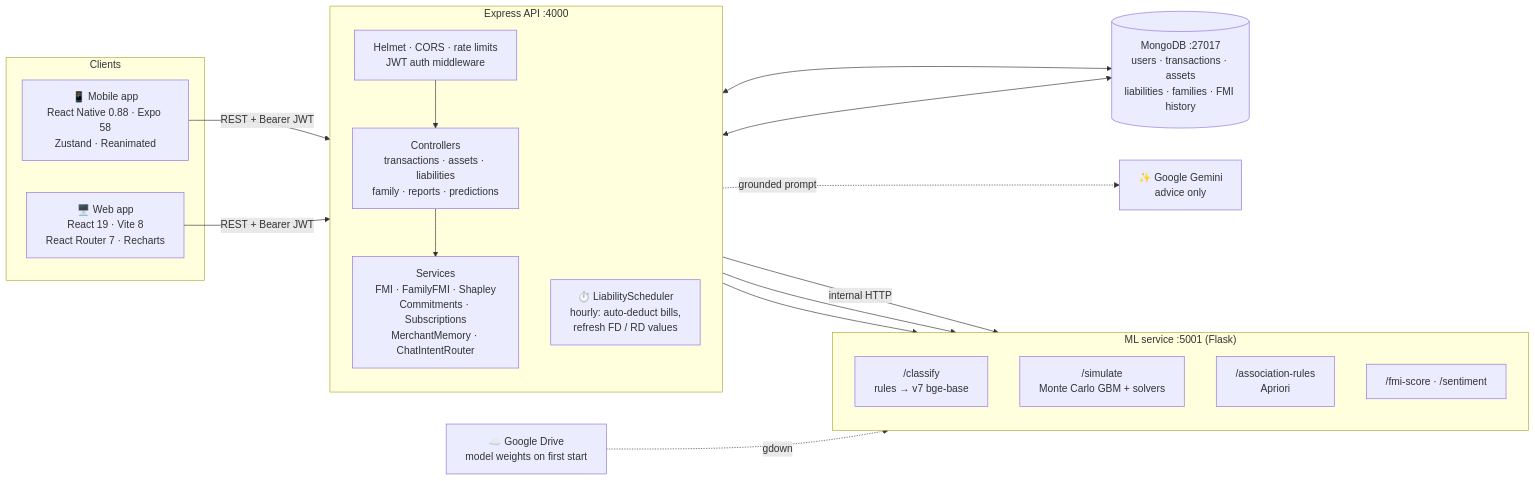
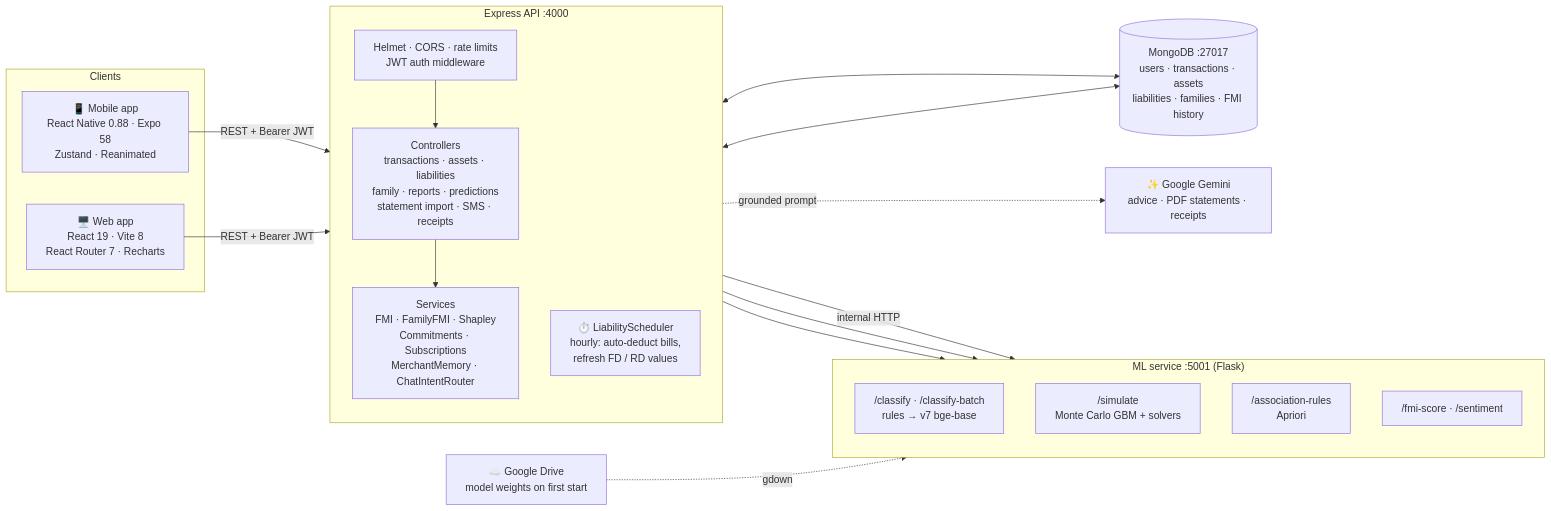
The first of 10 diagrams in README.md (parthpalav/LYProj_C34), drawn with Mermaid before and after one commit. The commit also changed other lines of this file and 41 other files, not shown here.

````diff
--- a/README.md
+++ b/README.md
@@ -274,38 +318,38 @@
 ```mermaid
 flowchart LR
     subgraph Clients
         M["📱 Mobile app<br/>React Native 0.88 · Expo 58<br/>Zustand · Reanimated"]
         W["🖥️ Web app<br/>React 19 · Vite 8<br/>React Router 7 · Recharts"]
     end
 
     subgraph API["Express API :4000"]
         direction TB
         SEC["Helmet · CORS · rate limits<br/>JWT auth middleware"]
-        CTRL["Controllers<br/>transactions · assets · liabilities<br/>family · reports · predictions"]
+        CTRL["Controllers<br/>transactions · assets · liabilities<br/>family · reports · predictions<br/>statement import · SMS · receipts"]
         SVC["Services<br/>FMI · FamilyFMI · Shapley<br/>Commitments · Subscriptions<br/>MerchantMemory · ChatIntentRouter"]
         SCH["⏱️ LiabilityScheduler<br/>hourly: auto-deduct bills,<br/>refresh FD / RD values"]
         SEC --> CTRL --> SVC
     end
 
     subgraph ML["ML service :5001 (Flask)"]
         direction TB
-        CLS["/classify<br/>rules → v7 bge-base"]
+        CLS["/classify · /classify-batch<br/>rules → v7 bge-base"]
         MC["/simulate<br/>Monte Carlo GBM + solvers"]
         AR["/association-rules<br/>Apriori"]
         FMIE["/fmi-score · /sentiment"]
     end
 
     DB[("MongoDB :27017<br/>users · transactions · assets<br/>liabilities · families · FMI history")]
-    G["✨ Google Gemini<br/>advice only"]
+    G["✨ Google Gemini<br/>advice · PDF statements · receipts"]
     GD["☁️ Google Drive<br/>model weights on first start"]
 
     M -- "REST + Bearer JWT" --> SEC
     W -- "REST + Bearer JWT" --> SEC
     SVC <--> DB
     SCH <--> DB
     SVC -- "internal HTTP" --> CLS
     SVC --> MC
     SVC --> AR
     SVC -. "grounded prompt" .-> G
     GD -. "gdown" .-> CLS
 ```
````
